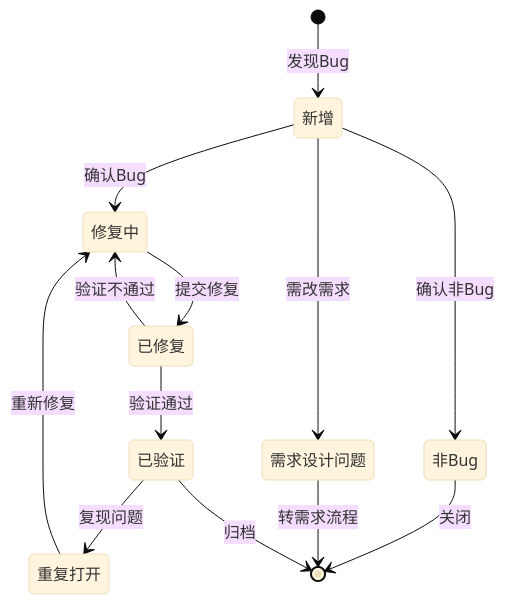
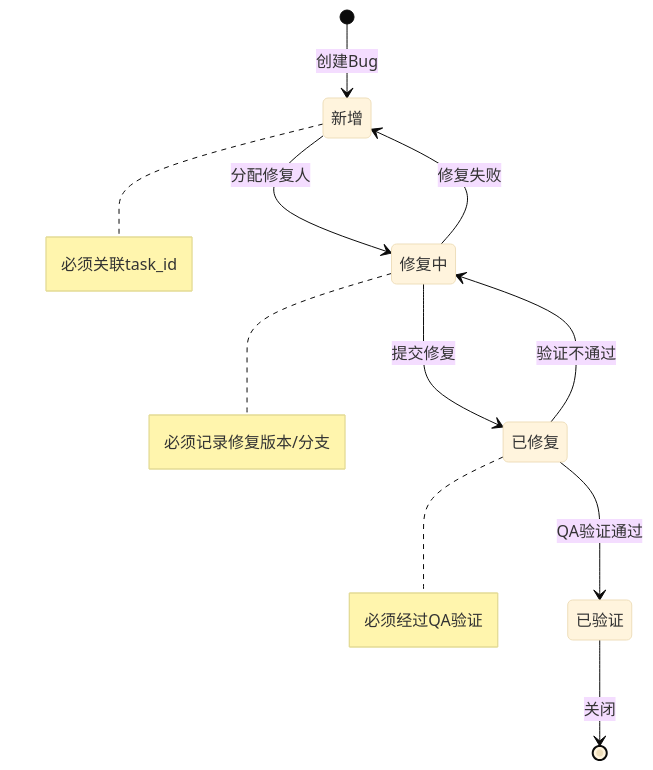
Before and after one commit to wangrenzhu-ola/InfinityCompany: the third of 4 diagrams in notion/relation_rules.md, drawn with Mermaid (base theme). The commit also changed other lines of this file and 13 other files, not shown here.

````diff
--- a/notion/relation_rules.md
+++ b/notion/relation_rules.md
@@ -113,15 +136,22 @@
 ```mermaid
 stateDiagram-v2
-    [*] --> 新增: 发现Bug
-    新增 --> 修复中: 确认Bug
-    新增 --> 非Bug: 确认非Bug
-    新增 --> 需求设计问题: 需改需求
+    [*] --> 新增: 创建Bug
+    新增 --> 修复中: 分配修复人
     修复中 --> 已修复: 提交修复
-    已修复 --> 已验证: 验证通过
+    修复中 --> 新增: 修复失败
+    已修复 --> 已验证: QA验证通过
     已修复 --> 修复中: 验证不通过
-    已验证 --> 重复打开: 复现问题
-    重复打开 --> 修复中: 重新修复
-    非Bug --> [*]: 关闭
-    需求设计问题 --> [*]: 转需求流程
-    已验证 --> [*]: 归档
+    已验证 --> [*]: 关闭
+
+    note right of 新增
+        必须关联task_id
+    end note
+
+    note right of 修复中
+        必须记录修复版本/分支
+    end note
+
+    note right of 已修复
+        必须经过QA验证
+    end note
 ```
````
